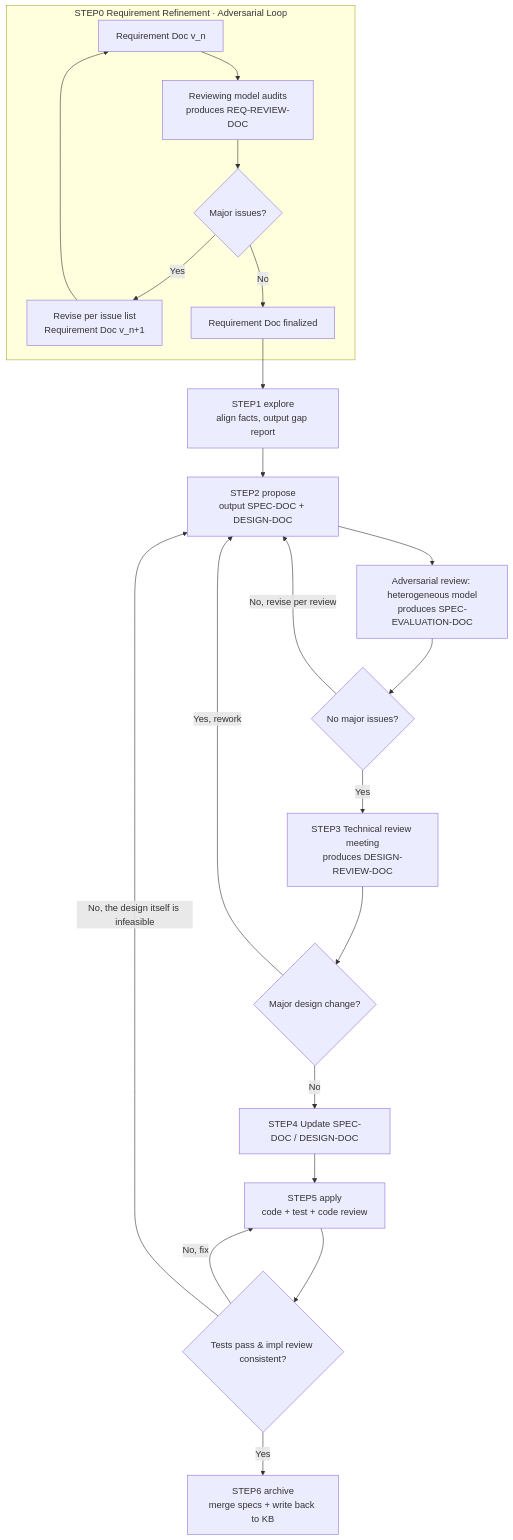
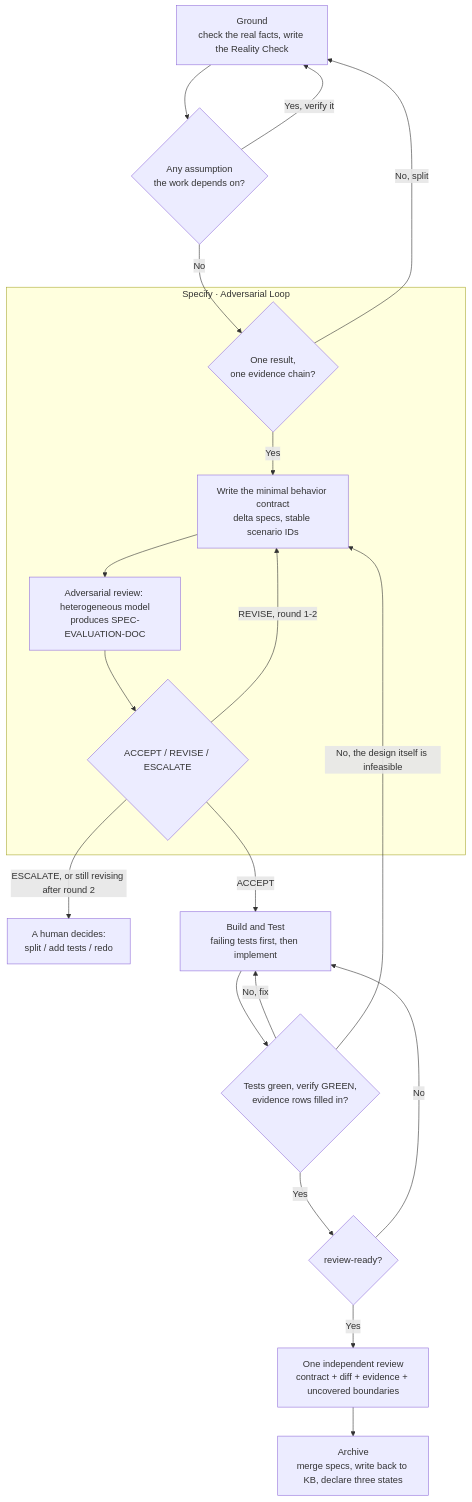
The diagram in docs/concepts.md (Apriorhythm/apriori-spec-development), drawn with Mermaid before and after one commit. The commit also changed other lines of this file and 66 other files, not shown here.

Commit message:
feat(v6): simplify change flow and review readiness

````diff
--- a/docs/concepts.md
+++ b/docs/concepts.md
@@ -292,27 +294,25 @@
 ```mermaid
 graph TD
-    subgraph S0[STEP0 Requirement Refinement · Adversarial Loop]
-        A1[Requirement Doc v_n] --> A2[Reviewing model audits<br/>produces REQ-REVIEW-DOC]
-        A2 --> A3{Major issues?}
-        A3 -- Yes --> A4[Revise per issue list<br/>Requirement Doc v_n+1]
-        A4 --> A1
-        A3 -- No --> A5[Requirement Doc finalized]
+    B[Ground<br/>check the real facts, write the Reality Check]
+    B --> B2{Any assumption<br/>the work depends on?}
+    B2 -- Yes, verify it --> B
+    B2 -- No --> C0{One result,<br/>one evidence chain?}
+    C0 -- No, split --> B
+
+    subgraph S1[Specify · Adversarial Loop]
+        C0 -- Yes --> C[Write the minimal behavior contract<br/>delta specs, stable scenario IDs]
+        C --> D[Adversarial review: heterogeneous model<br/>produces SPEC-EVALUATION-DOC]
+        D --> D2{ACCEPT / REVISE / ESCALATE}
+        D2 -- REVISE, round 1-2 --> C
     end
 
-    A5 --> B[STEP1 explore<br/>align facts, output gap report]
-    B --> C[STEP2 propose<br/>output SPEC-DOC + DESIGN-DOC]
-
-    C --> D[Adversarial review: heterogeneous model<br/>produces SPEC-EVALUATION-DOC]
-    D --> D2{No major issues?}
-    D2 -- No, revise per review --> C
-
-    D2 -- Yes --> E[STEP3 Technical review meeting<br/>produces DESIGN-REVIEW-DOC]
-    E --> F{Major design change?}
-    F -- Yes, rework --> C
-    F -- No --> G[STEP4 Update SPEC-DOC / DESIGN-DOC]
-    G --> H[STEP5 apply<br/>code + test + code review]
-    H --> H2{Tests pass & impl review consistent?}
+    D2 -- ESCALATE, or still revising after round 2 --> X[A human decides:<br/>split / add tests / redo]
+    D2 -- ACCEPT --> H[Build and Test<br/>failing tests first, then implement]
+    H --> H2{Tests green, verify GREEN,<br/>evidence rows filled in?}
     H2 -- No, fix --> H
     H2 -- No, the design itself is infeasible --> C
-    H2 -- Yes --> I[STEP6 archive<br/>merge specs + write back to KB]
+    H2 -- Yes --> R{review-ready?}
+    R -- No --> H
+    R -- Yes --> RV[One independent review<br/>contract + diff + evidence + uncovered boundaries]
+    RV --> I[Archive<br/>merge specs, write back to KB, declare three states]
 ```
````
